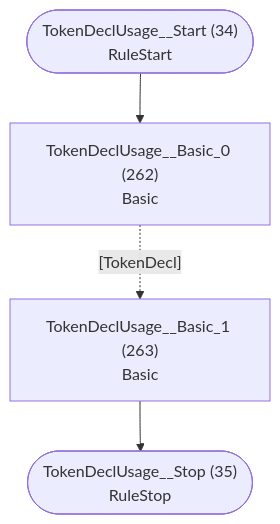
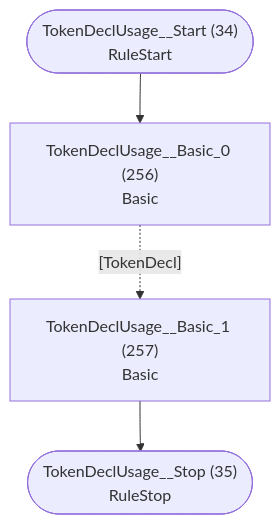
Diagram 18 of 40 in internal/grammar/atn.md (TypeFox/fastbelt), drawn with Mermaid before and after one commit. The commit also changed other lines of this file and 12 other files, not shown here.

````diff
--- a/internal/grammar/atn.md
+++ b/internal/grammar/atn.md
@@ -578,11 +564,11 @@
 ```mermaid
 flowchart TD
     q34(["TokenDeclUsage__Start (34)<br/>RuleStart"])
     q35(["TokenDeclUsage__Stop (35)<br/>RuleStop"])
-    q262["TokenDeclUsage__Basic_0 (262)<br/>Basic<br/>"]
-    q263["TokenDeclUsage__Basic_1 (263)<br/>Basic<br/>"]
+    q256["TokenDeclUsage__Basic_0 (256)<br/>Basic<br/>"]
+    q257["TokenDeclUsage__Basic_1 (257)<br/>Basic<br/>"]
 
-    q34 --> q262
-    q262 -.->|"[TokenDecl]"| q263
-    q263 --> q35
+    q34 --> q256
+    q256 -.->|"[TokenDecl]"| q257
+    q257 --> q35
 ```
````
